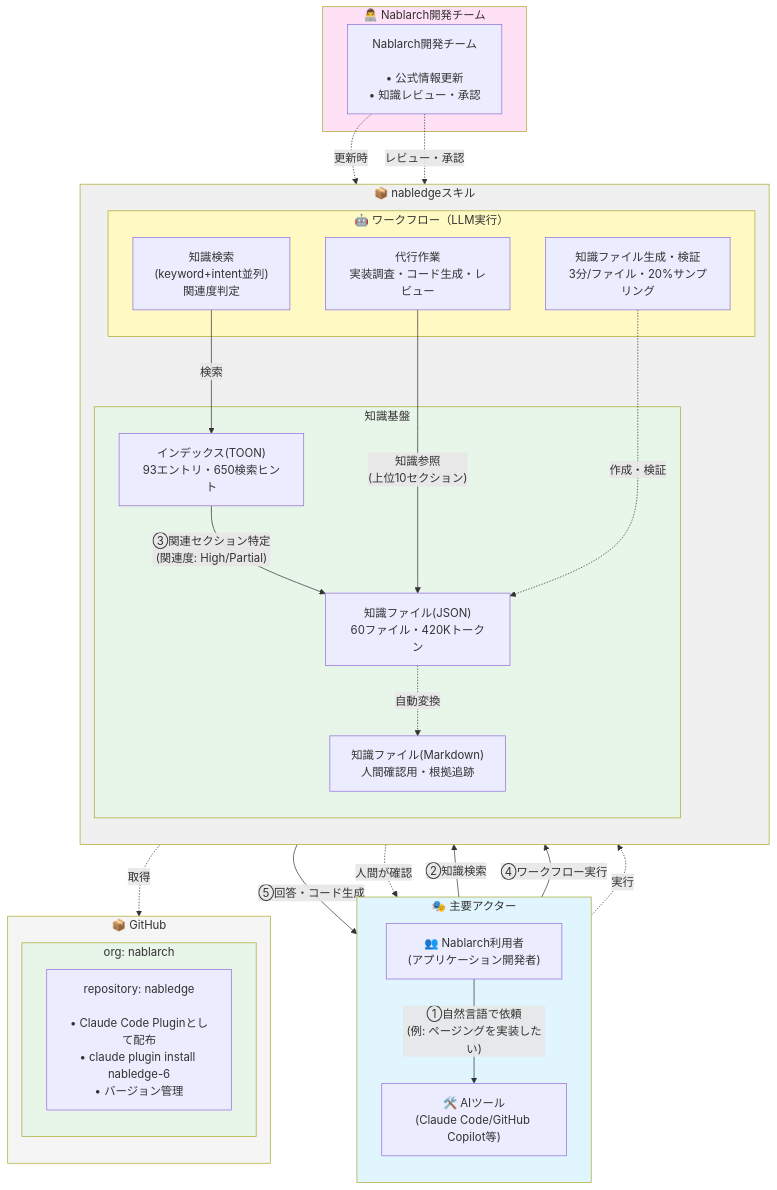
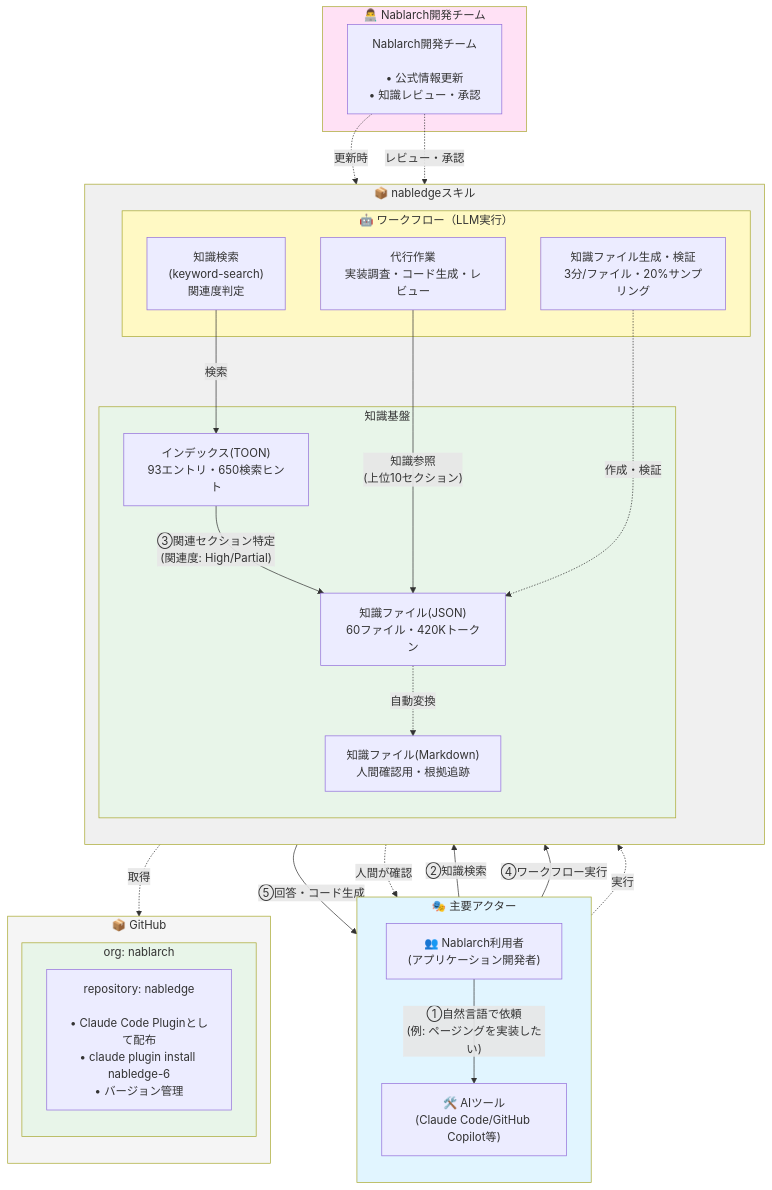
The diagram in doc/nabledge-design.md (nablarch/nabledge-dev), drawn with Mermaid before and after one commit. The commit also changed other lines of this file and 2 other files, not shown here.

````diff
--- a/doc/nabledge-design.md
+++ b/doc/nabledge-design.md
@@ -69,70 +69,70 @@
 ```mermaid
 graph TB
     %% 左側: 主要アクター
     subgraph main_actors["🎭 主要アクター"]
         direction TB
         DEV["👥 Nablarch利用者<br/>(アプリケーション開発者)"]
         AGENT["🛠️ AIツール<br/>(Claude Code/GitHub Copilot等)"]
         DEV -->|"①自然言語で依頼<br/>(例: ページングを実装したい)"| AGENT
     end
 
     %% 中央: nabledgeスキル
     subgraph nabledge["📦 nabledgeスキル"]
         direction TB
 
         subgraph workflows["🤖 ワークフロー（LLM実行）"]
-            WF_SEARCH["知識検索<br/>(keyword+intent並列)<br/>関連度判定"]
+            WF_SEARCH["知識検索<br/>(keyword-search)<br/>関連度判定"]
             WF_DELEGATE["代行作業<br/>実装調査・コード生成・レビュー"]
             WF_GENERATE["知識ファイル生成・検証<br/>3分/ファイル・20%サンプリング"]
         end
 
         subgraph knowledge["知識基盤"]
             INDEX["インデックス(TOON)<br/>93エントリ・650検索ヒント"]
             JSON["知識ファイル(JSON)<br/>60ファイル・420Kトークン"]
             MD["知識ファイル(Markdown)<br/>人間確認用・根拠追跡"]
         end
     end
 
     %% 右側: Nablarch開発チーム
     subgraph dev_team["👨‍💻 Nablarch開発チーム"]
         NAB_TEAM["Nablarch開発チーム<br/><br/>• 公式情報更新<br/>• 知識レビュー・承認"]
     end
 
     %% 主要フロー（①→⑤）
     AGENT -->|"②知識検索"| WF_SEARCH
     WF_SEARCH -->|"検索"| INDEX
     INDEX -->|"③関連セクション特定<br/>(関連度: High/Partial)"| JSON
     JSON -.->|"自動変換"| MD
 
     AGENT -->|"④ワークフロー実行"| WF_DELEGATE
     WF_DELEGATE -->|"知識参照<br/>(上位10セクション)"| JSON
     WF_DELEGATE -->|"⑤回答・コード生成"| DEV
 
     %% 開発チームフロー
     AGENT -.->|"実行"| WF_GENERATE
     WF_GENERATE -.->|"作成・検証"| JSON
     NAB_TEAM -.->|"更新時"| WF_GENERATE
     NAB_TEAM -.->|"レビュー・承認"| JSON
 
     MD -.->|"人間が確認"| DEV
 
     %% 下部: GitHub配布
     subgraph github["📦 GitHub"]
         direction TB
         subgraph org["org: nablarch"]
             REPO["repository: nabledge<br/><br/>• Claude Code Pluginとして配布<br/>• claude plugin install nabledge-6<br/>• バージョン管理"]
         end
     end
 
     %% 配布フロー
     nabledge -.->|"取得"| REPO
 
     %% スタイル
     style main_actors fill:#e1f5ff
     style dev_team fill:#ffe1f5
     style nabledge fill:#f0f0f0
     style github fill:#f5f5f5
     style org fill:#e8f5e9
     style knowledge fill:#e8f5e9
     style workflows fill:#fff9c4
 ```
````
